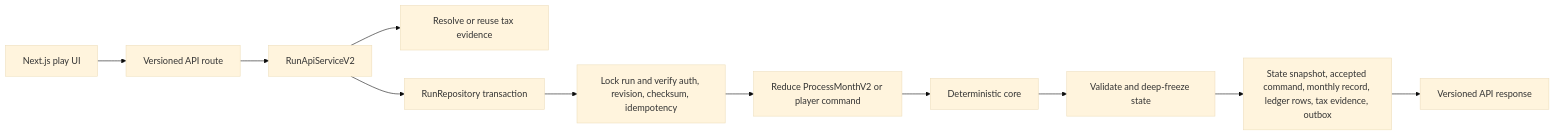
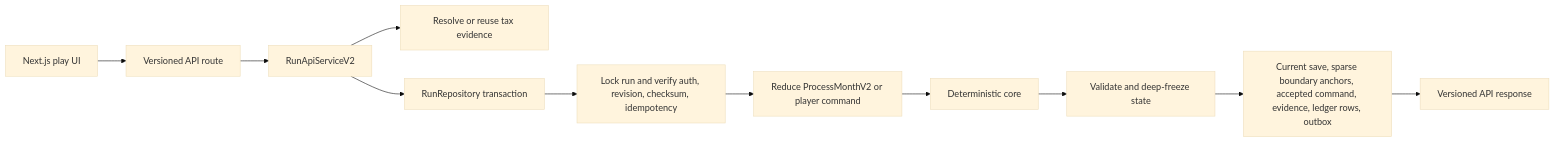
One commit to tiennguyentony/life_finance changed the first of 2 diagrams in docs/architecture/system-audit.md. Above: the diagram before and after it, drawn with Mermaid (base theme). The commit also changed other lines of this file and 4 other files, not shown here.

```diff
--- a/docs/architecture/system-audit.md
+++ b/docs/architecture/system-audit.md
@@ -33,13 +33,13 @@
 ~~~mermaid
 flowchart LR
     UI["Next.js play UI"] --> ROUTE["Versioned API route"]
     ROUTE --> SERVICE["RunApiServiceV2"]
     SERVICE --> TAX["Resolve or reuse tax evidence"]
     SERVICE --> REPO["RunRepository transaction"]
     REPO --> LOCK["Lock run and verify auth, revision, checksum, idempotency"]
     LOCK --> REDUCE["Reduce ProcessMonthV2 or player command"]
     REDUCE --> CORE["Deterministic core"]
     CORE --> FINALIZE["Validate and deep-freeze state"]
-    FINALIZE --> PERSIST["State snapshot, accepted command, monthly record, ledger rows, tax evidence, outbox"]
+    FINALIZE --> PERSIST["Current save, sparse boundary anchors, accepted command, evidence, ledger rows, outbox"]
     PERSIST --> RESPONSE["Versioned API response"]
 ~~~
```
